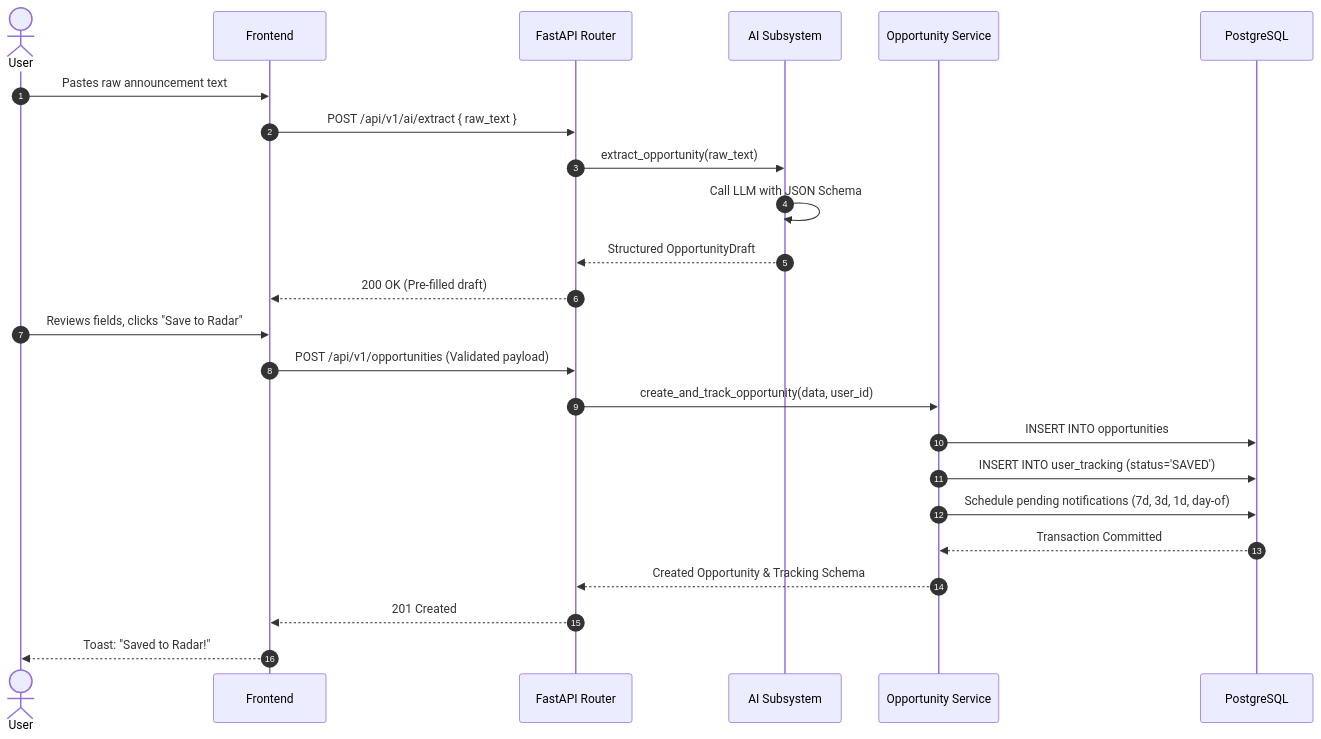
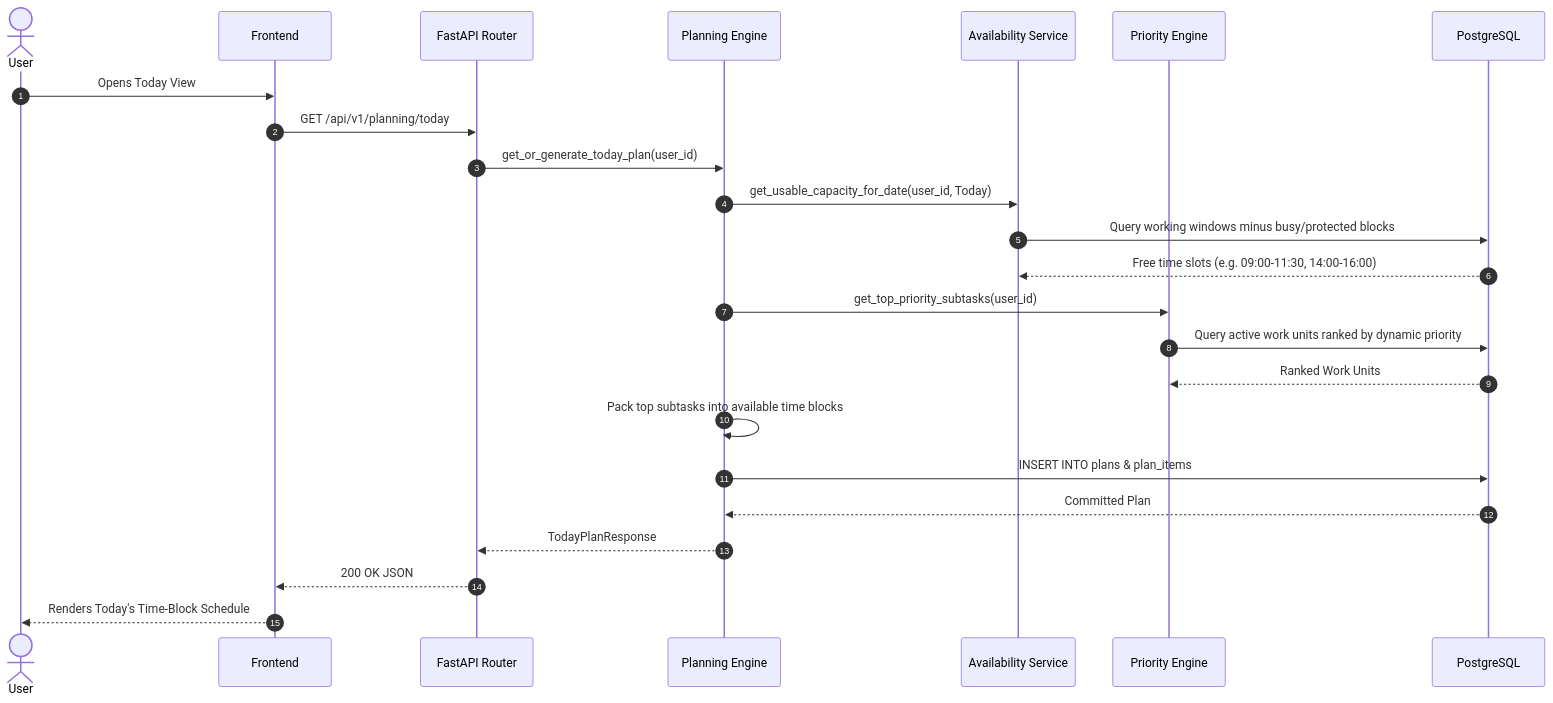
The fourth of 5 diagrams in docs/architecture.md (Kunal-net/deadline-radar), drawn with Mermaid before and after one commit. The commit also changed other lines of this file and 19 other files, not shown here.

````diff
--- a/docs/architecture.md
+++ b/docs/architecture.md
@@ -570,27 +428,27 @@
 ```mermaid
 sequenceDiagram
     autonumber
     actor User
     participant Client as Frontend
     participant API as FastAPI Router
-    participant AI as AI Subsystem
-    participant Svc as Opportunity Service
+    participant PlanEngine as Planning Engine
+    participant AvailSvc as Availability Service
+    participant PriorityEngine as Priority Engine
     participant DB as PostgreSQL
 
-    User->>Client: Pastes raw announcement text
-    Client->>API: POST /api/v1/ai/extract { raw_text }
-    API->>AI: extract_opportunity(raw_text)
-    AI->>AI: Call LLM with JSON Schema
-    AI-->>API: Structured OpportunityDraft
-    API-->>Client: 200 OK (Pre-filled draft)
-    User->>Client: Reviews fields, clicks "Save to Radar"
-    Client->>API: POST /api/v1/opportunities (Validated payload)
-    API->>Svc: create_and_track_opportunity(data, user_id)
-    Svc->>DB: INSERT INTO opportunities
-    Svc->>DB: INSERT INTO user_tracking (status='SAVED')
-    Svc->>DB: Schedule pending notifications (7d, 3d, 1d, day-of)
-    DB-->>Svc: Transaction Committed
-    Svc-->>API: Created Opportunity & Tracking Schema
-    API-->>Client: 201 Created
-    Client-->>User: Toast: "Saved to Radar!"
+    User->>Client: Opens Today View
+    Client->>API: GET /api/v1/planning/today
+    API->>PlanEngine: get_or_generate_today_plan(user_id)
+    PlanEngine->>AvailSvc: get_usable_capacity_for_date(user_id, Today)
+    AvailSvc->>DB: Query working windows minus busy/protected blocks
+    DB-->>AvailSvc: Free time slots (e.g. 09:00-11:30, 14:00-16:00)
+    PlanEngine->>PriorityEngine: get_top_priority_subtasks(user_id)
+    PriorityEngine->>DB: Query active work units ranked by dynamic priority
+    DB-->>PriorityEngine: Ranked Work Units
+    PlanEngine->>PlanEngine: Pack top subtasks into available time blocks
+    PlanEngine->>DB: INSERT INTO plans & plan_items
+    DB-->>PlanEngine: Committed Plan
+    PlanEngine-->>API: TodayPlanResponse
+    API-->>Client: 200 OK JSON
+    Client-->>User: Renders Today's Time-Block Schedule
 ```
````
